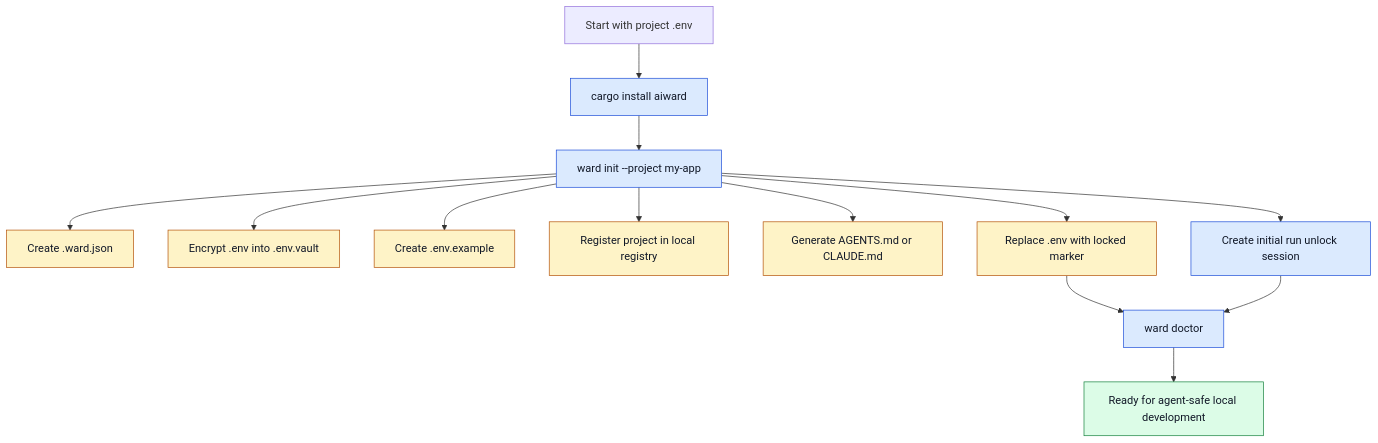
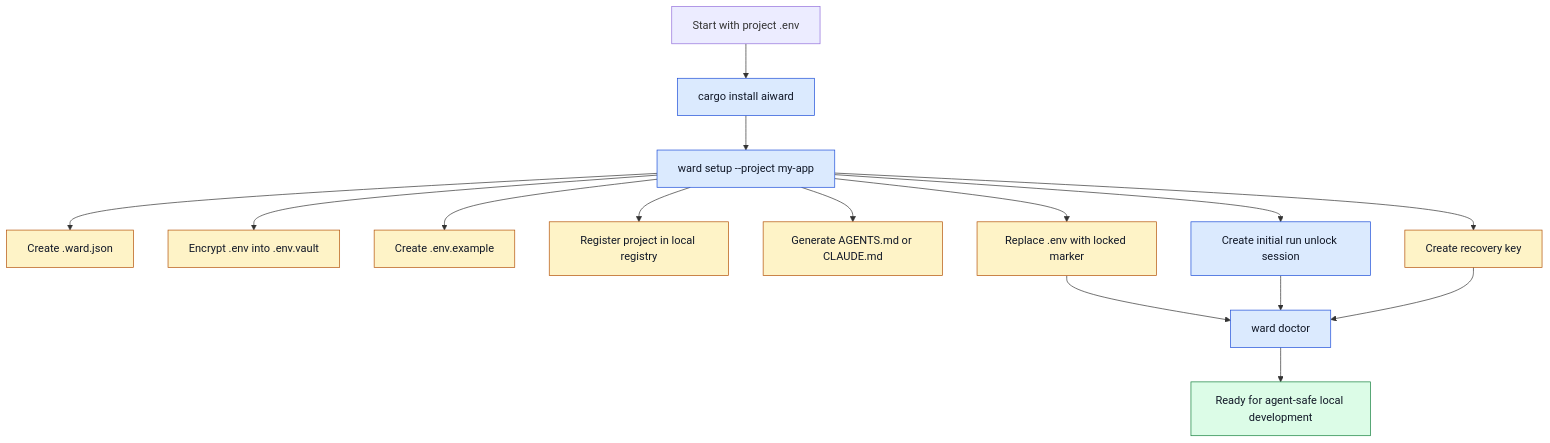
The second of 9 diagrams in docs/infographics.md (web3-claw/aiward), drawn with Mermaid before and after one commit. The commit also changed other lines of this file and 10 other files, not shown here.

````diff
--- a/docs/infographics.md
+++ b/docs/infographics.md
@@ -44,22 +44,24 @@
 ```mermaid
 flowchart TD
     A["Start with project .env"] --> B["cargo install aiward"]
-    B --> C["ward init --project my-app"]
+    B --> C["ward setup --project my-app"]
     C --> D["Create .ward.json"]
     C --> E["Encrypt .env into .env.vault"]
     C --> F["Create .env.example"]
     C --> G["Register project in local registry"]
     C --> H["Generate AGENTS.md or CLAUDE.md"]
     C --> I["Replace .env with locked marker"]
     C --> J["Create initial run unlock session"]
+    C --> M["Create recovery key"]
     I --> K["ward doctor"]
     J --> K
+    M --> K
     K --> L["Ready for agent-safe local development"]
 
     classDef command fill:#dbeafe,stroke:#1d4ed8,color:#111827;
     classDef file fill:#fef3c7,stroke:#b45309,color:#111827;
     classDef done fill:#dcfce7,stroke:#15803d,color:#111827;
     class B,C,J,K command;
-    class D,E,F,G,H,I file;
+    class D,E,F,G,H,I,M file;
     class L done;
 ```
````
